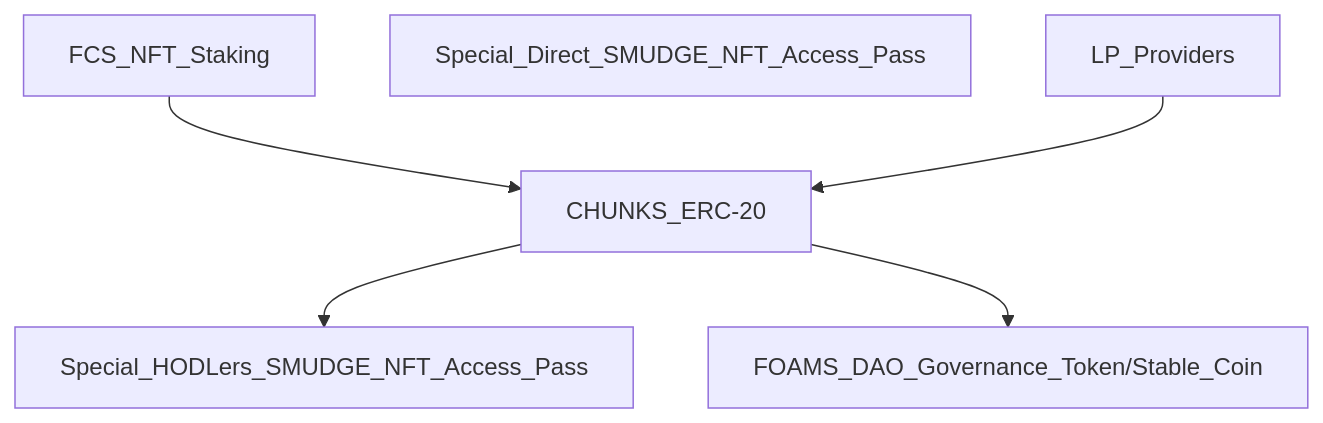
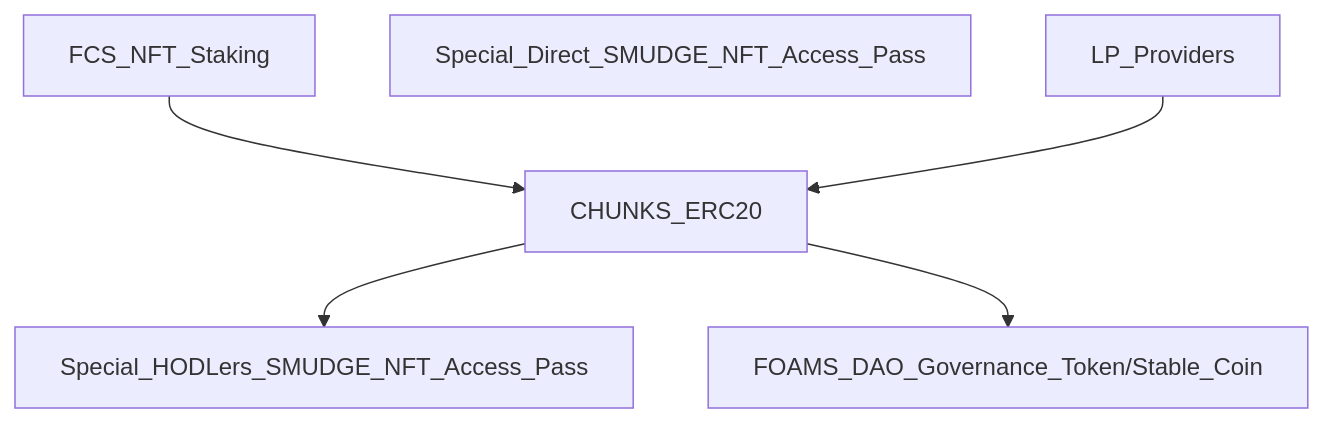
Before and after one commit to WrappedUsername/Web-Dev-Notes: the second of 2 diagrams in White Papers/FCS NFT/README.md, drawn with Mermaid. The commit also changed other lines of this file, not shown here.

````diff
--- a/White Papers/FCS NFT/README.md
+++ b/White Papers/FCS NFT/README.md
@@ -56,9 +56,9 @@
 ```mermaid
 graph TD;
-FCS_NFT_Staking-->CHUNKS_ERC-20
+FCS_NFT_Staking-->CHUNKS_ERC20
 Special_Direct_SMUDGE_NFT_Access_Pass
-LP_Providers-->CHUNKS_ERC-20
-CHUNKS_ERC-20-->Special_HODLers_SMUDGE_NFT_Access_Pass
-CHUNKS_ERC-20-->FOAMS_DAO_Governance_Token/Stable_Coin
+LP_Providers-->CHUNKS_ERC20
+CHUNKS_ERC20-->Special_HODLers_SMUDGE_NFT_Access_Pass
+CHUNKS_ERC20-->FOAMS_DAO_Governance_Token/Stable_Coin
 
 ```
````
